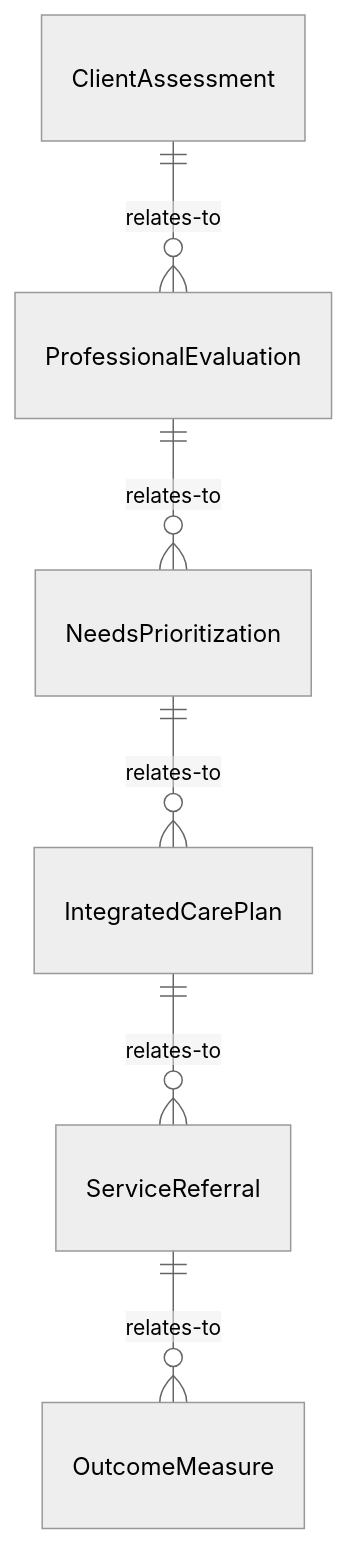
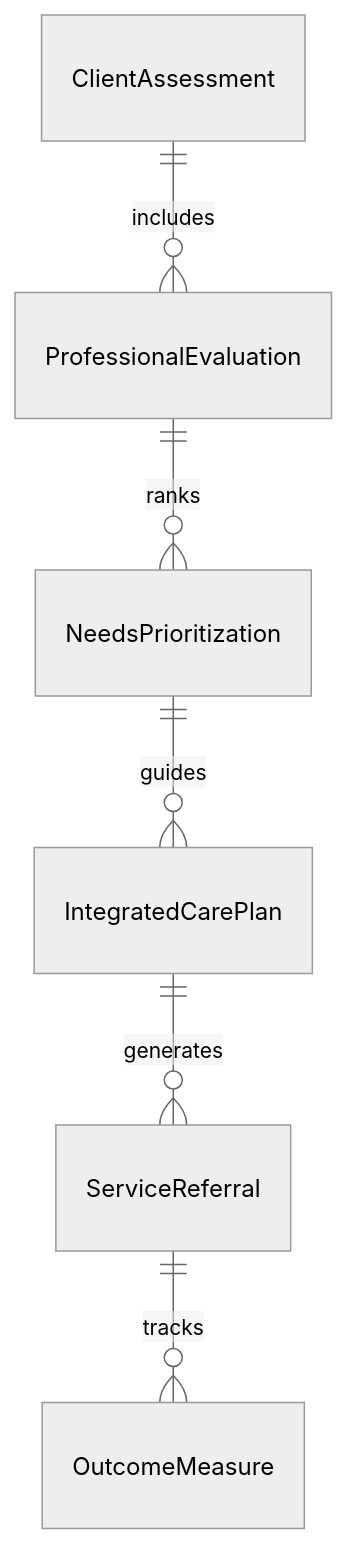
The first of 4 diagrams in CommunicatingWithSupervisorsPeersOrSubordinates/ConferWithHealthcareOrOtherProfessionalsAboutPatientCare/CollaborateProfessionalsAssessClientNeeds.mdx (dot-org-ai/tasks.org.ai), drawn with Mermaid (neutral theme) before and after one commit. The commit also changed other lines of this file and 515 other files, not shown here.

````diff
--- a/CommunicatingWithSupervisorsPeersOrSubordinates/ConferWithHealthcareOrOtherProfessionalsAboutPatientCare/CollaborateProfessionalsAssessClientNeeds.mdx
+++ b/CommunicatingWithSupervisorsPeersOrSubordinates/ConferWithHealthcareOrOtherProfessionalsAboutPatientCare/CollaborateProfessionalsAssessClientNeeds.mdx
@@ -89,8 +89,8 @@
 ```mermaid
 erDiagram
-    ClientAssessment ||--o{ ProfessionalEvaluation : relates-to
-    ProfessionalEvaluation ||--o{ NeedsPrioritization : relates-to
-    NeedsPrioritization ||--o{ IntegratedCarePlan : relates-to
-    IntegratedCarePlan ||--o{ ServiceReferral : relates-to
-    ServiceReferral ||--o{ OutcomeMeasure : relates-to
+    ClientAssessment ||--o{ ProfessionalEvaluation : includes
+    ProfessionalEvaluation ||--o{ NeedsPrioritization : ranks
+    NeedsPrioritization ||--o{ IntegratedCarePlan : guides
+    IntegratedCarePlan ||--o{ ServiceReferral : generates
+    ServiceReferral ||--o{ OutcomeMeasure : tracks
 ```
````
